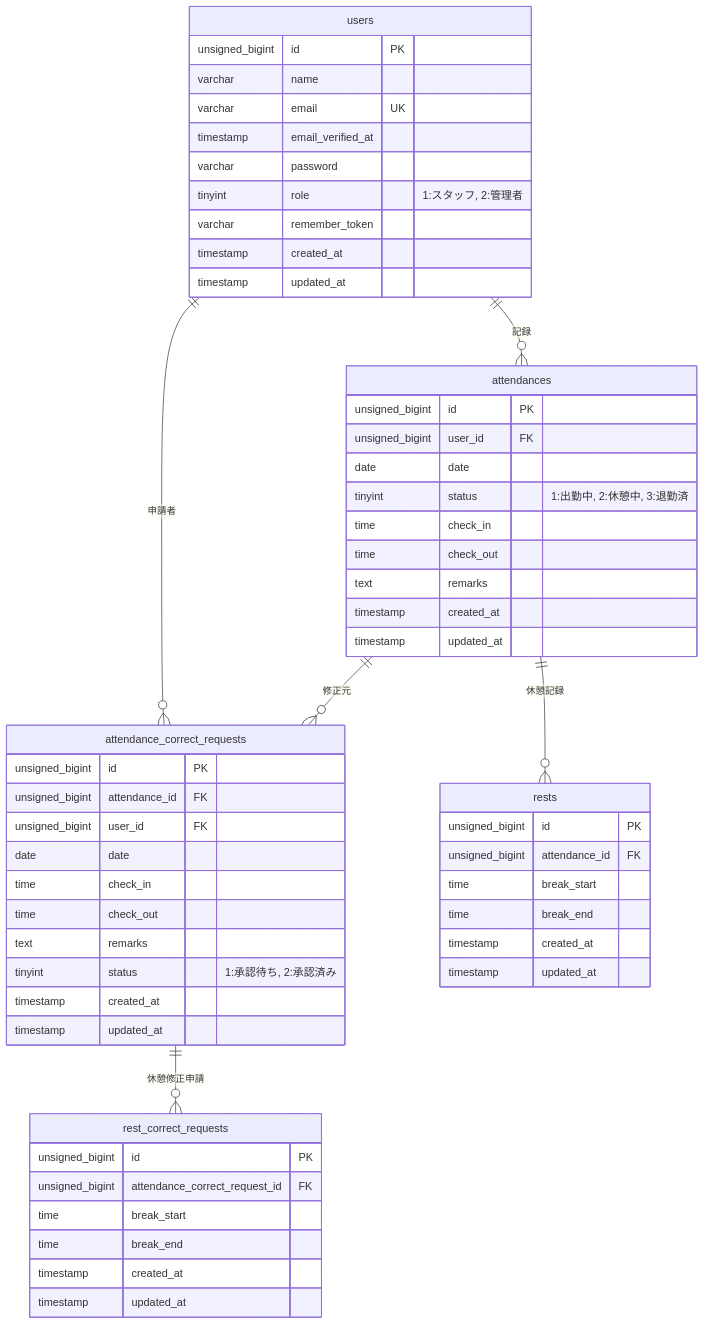
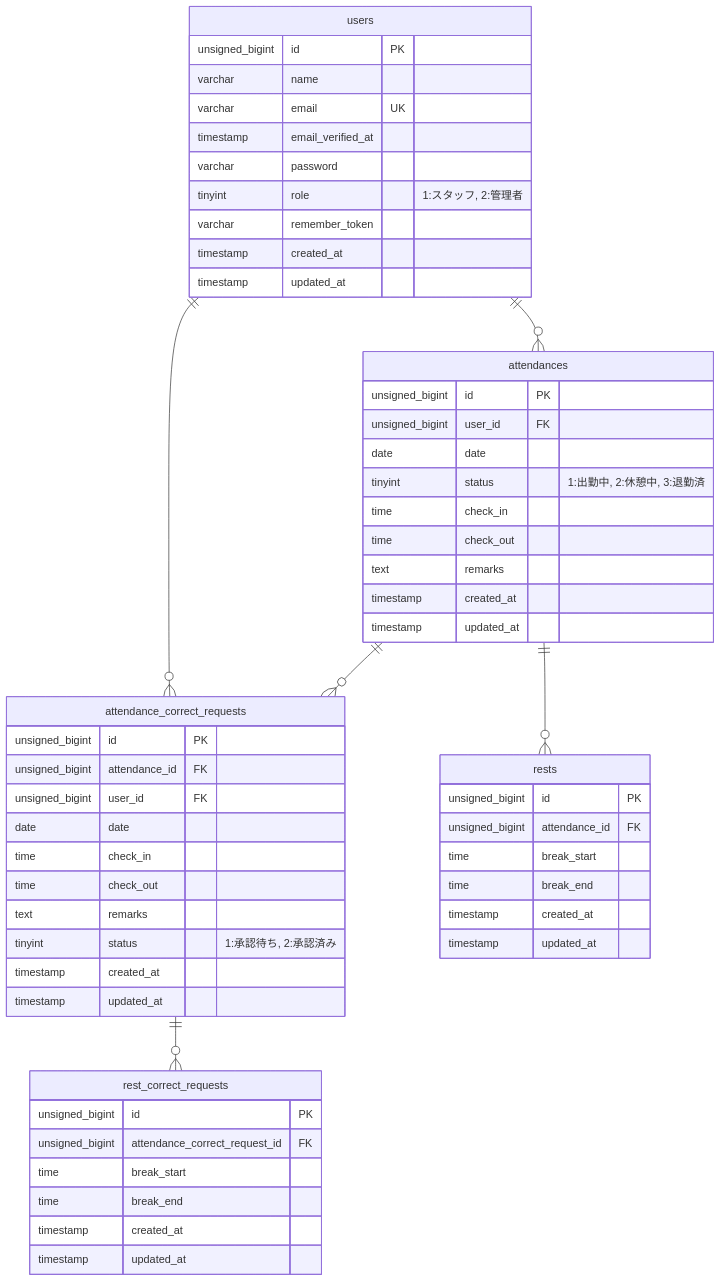
The diagram in README.md (sappy3105/attendance-management), drawn with Mermaid before and after one commit.

Commit message:
README修正

````diff
--- a/README.md
+++ b/README.md
@@ -152,63 +152,63 @@
 ```mermaid
 erDiagram
-users ||--o{ attendances : "記録"
-users ||--o{ attendance_correct_requests : "申請者"
-attendances ||--o{ rests : "休憩記録"
-attendances ||--o{ attendance_correct_requests : "修正元"
-attendance_correct_requests ||--o{ rest_correct_requests : "休憩修正申請"
+users ||--o{ attendances : ""
+users ||--o{ attendance_correct_requests : ""
+attendances ||--o{ rests : ""
+attendances ||--o{ attendance_correct_requests : ""
+attendance_correct_requests ||--o{ rest_correct_requests : ""
 
 users {
    unsigned_bigint id PK
    varchar name
    varchar email UK
    timestamp email_verified_at
    varchar password
    tinyint role "1:スタッフ, 2:管理者"
    varchar remember_token
    timestamp created_at
    timestamp updated_at
 }
 
 attendances {
    unsigned_bigint id PK
    unsigned_bigint user_id FK
    date date
    tinyint status "1:出勤中, 2:休憩中, 3:退勤済"
    time check_in
    time check_out
    text remarks
    timestamp created_at
    timestamp updated_at
 }
 
 rests {
    unsigned_bigint id PK
    unsigned_bigint attendance_id FK
    time break_start
    time break_end
    timestamp created_at
    timestamp updated_at
 }
 
 attendance_correct_requests {
    unsigned_bigint id PK
    unsigned_bigint attendance_id FK
    unsigned_bigint user_id FK
    date date
    time check_in
    time check_out
    text remarks
    tinyint status "1:承認待ち, 2:承認済み"
    timestamp created_at
    timestamp updated_at
 }
 
 rest_correct_requests {
    unsigned_bigint id PK
    unsigned_bigint attendance_correct_request_id FK
    time break_start
    time break_end
    timestamp created_at
    timestamp updated_at
 }
 ```
````
